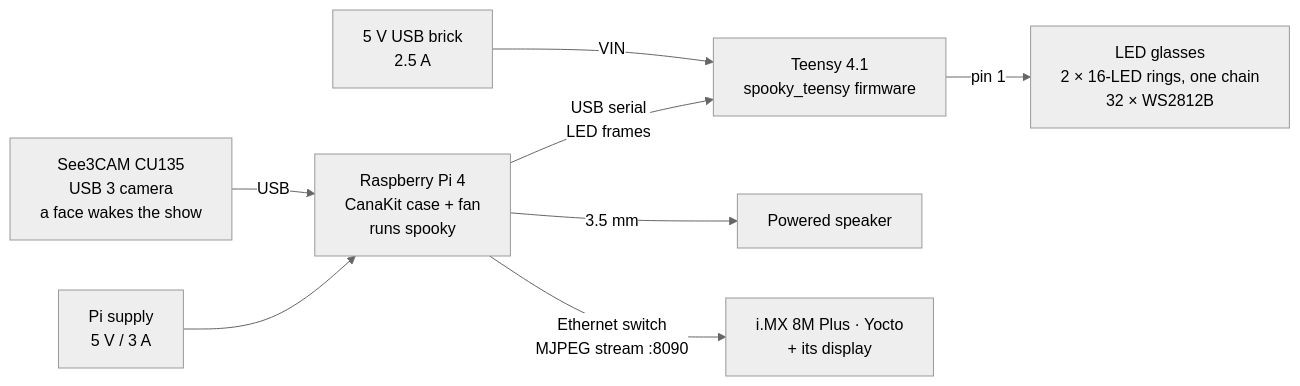
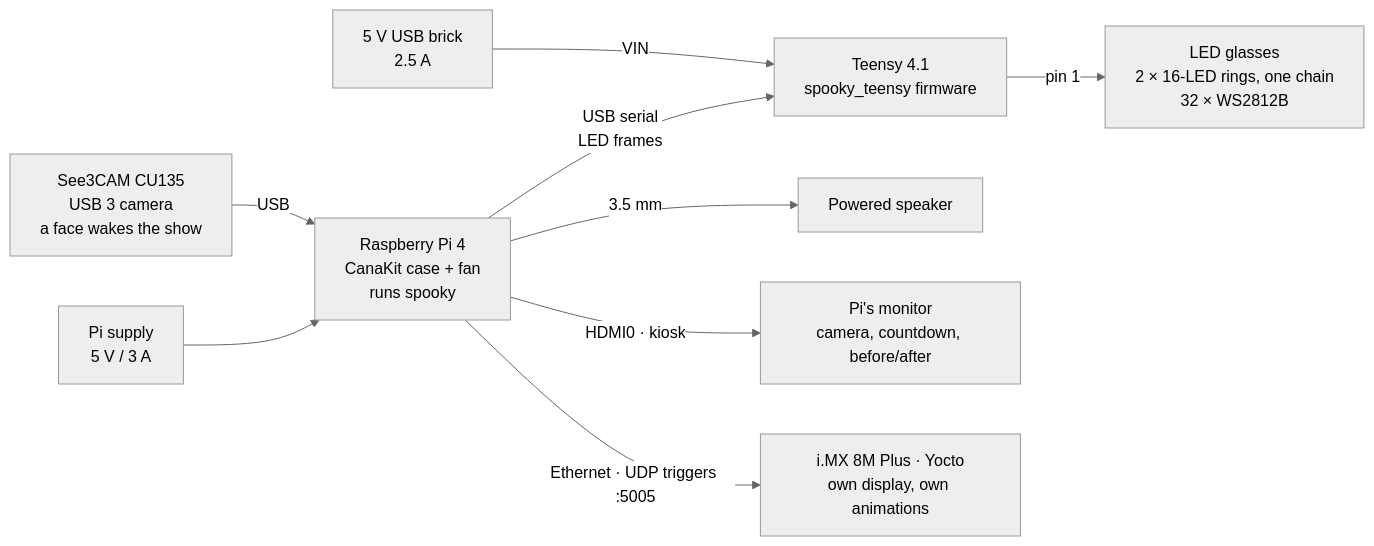
One commit to mxmrsn/spooky-pi changed the diagram in docs/diagrams/hardware.mmd. Above: the diagram before and after it, drawn with Mermaid (neutral theme). The commit also changed 40 other files, not shown here.

First line of the commit message:
Trigger i.MX animations over UDP; remove the PIR sensors

```diff
--- a/docs/diagrams/hardware.mmd
+++ b/docs/diagrams/hardware.mmd
@@ -1,10 +1,11 @@
 flowchart LR
     PSU["Pi supply<br/>5 V / 3 A"] --> PI
     CAM["See3CAM CU135<br/>USB 3 camera<br/>a face wakes the show"] -- USB --> PI
     PI["Raspberry Pi 4<br/>CanaKit case + fan<br/>runs spooky"]
     PI -- "USB serial<br/>LED frames" --> TEENSY
     USB5["5 V USB brick<br/>2.5 A"] -- "VIN" --> TEENSY
     TEENSY["Teensy 4.1<br/>spooky_teensy firmware"]
     TEENSY -- "pin 1" --> RING["LED glasses<br/>2 × 16-LED rings, one chain<br/>32 × WS2812B"]
     PI -- "3.5 mm" --> SPK["Powered speaker"]
-    PI -- "Ethernet switch<br/>MJPEG stream :8090" --> DISP["i.MX 8M Plus · Yocto<br/>+ its display"]
+    PI -- "HDMI0 · kiosk" --> MON["Pi's monitor<br/>camera, countdown, before/after"]
+    PI -- "Ethernet · UDP triggers :5005" --> IMX["i.MX 8M Plus · Yocto<br/>own display, own animations"]
```
